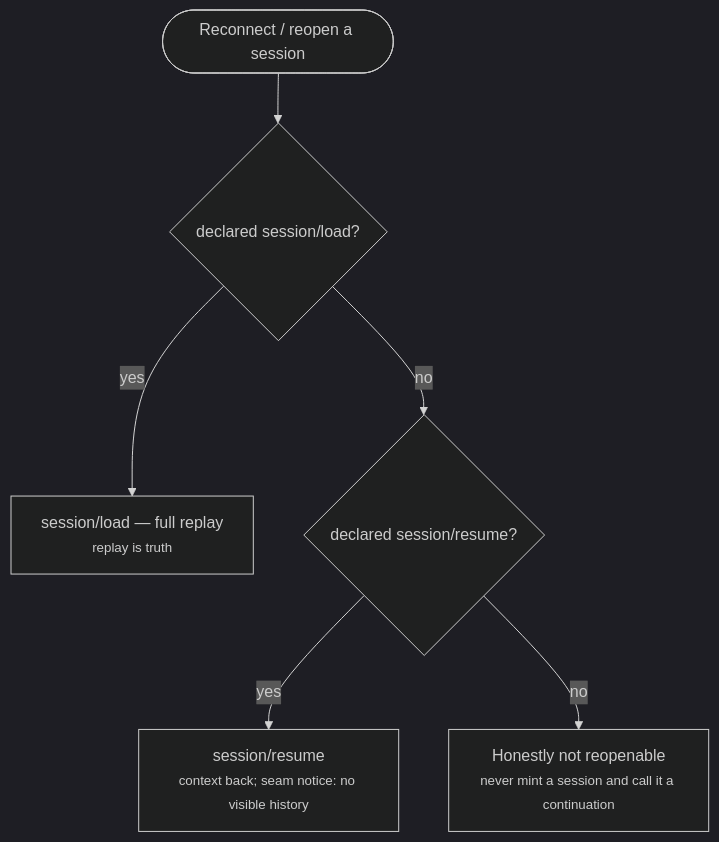
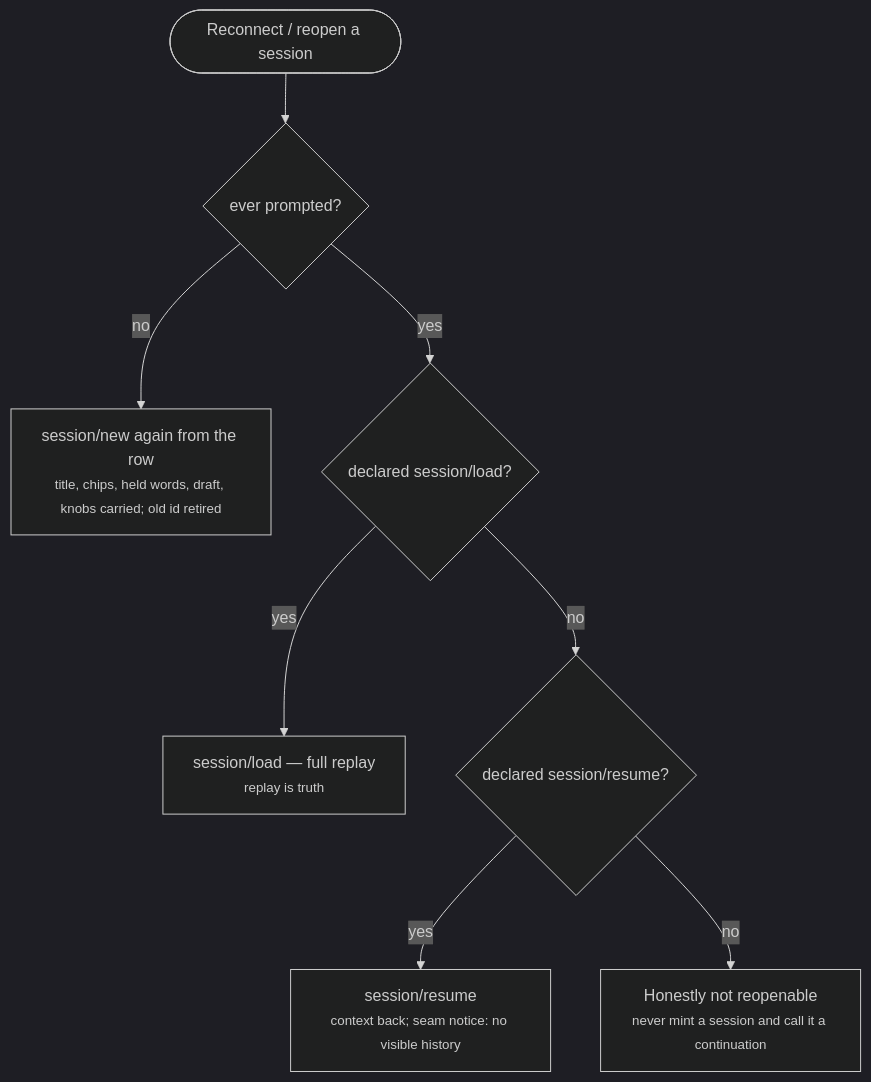
The second of 5 diagrams in docs/architecture.md (solutionsunity/acp-patchbay), drawn with Mermaid (dark theme) before and after one commit. The commit also changed other lines of this file and 6 other files, not shown here.

````diff
--- a/docs/architecture.md
+++ b/docs/architecture.md
@@ -174,8 +177,10 @@
 ```mermaid
 flowchart TD
-    R(["Reconnect / reopen a session"]) --> Q1{"declared session/load?"}
+    R(["Reconnect / reopen a session"]) --> Q0{"ever prompted?"}
+    Q0 -- no --> Z["session/new again from the row<br/><small>title, chips, held words, draft, knobs carried; old id retired</small>"]
+    Q0 -- yes --> Q1{"declared session/load?"}
     Q1 -- yes --> L["session/load — full replay<br/><small>replay is truth</small>"]
     Q1 -- no --> Q2{"declared session/resume?"}
     Q2 -- yes --> RS["session/resume<br/><small>context back; seam notice: no visible history</small>"]
     Q2 -- no --> N["Honestly not reopenable<br/><small>never mint a session and call it a continuation</small>"]
 ```
````
